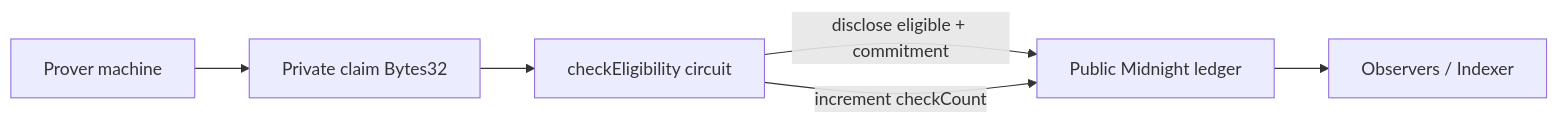
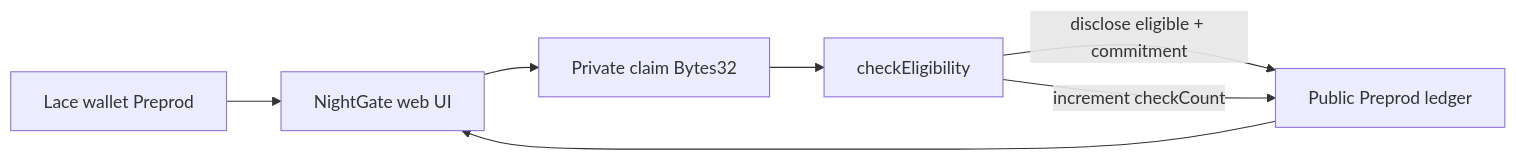
Before and after one commit to manojaggarwal812/night-gate: the first of 2 diagrams in README.md, drawn with Mermaid. The commit also changed other lines of this file, not shown here.

Commit message:
Document Level 2 Lace Preprod flow privacy claim and live demo

````diff
--- a/README.md
+++ b/README.md
@@ -33,14 +37,15 @@
 ```mermaid
 flowchart LR
-  Prover[Prover machine]
+  Lace[Lace wallet Preprod]
+  UI[NightGate web UI]
   Witness[Private claim Bytes32]
-  Circuit[checkEligibility circuit]
-  Ledger[Public Midnight ledger]
-  Observers[Observers / Indexer]
+  Circuit[checkEligibility]
+  Ledger[Public Preprod ledger]
 
-  Prover --> Witness
+  Lace --> UI
+  UI --> Witness
   Witness --> Circuit
   Circuit -->|disclose eligible + commitment| Ledger
   Circuit -->|increment checkCount| Ledger
-  Ledger --> Observers
+  Ledger --> UI
 ```
````
